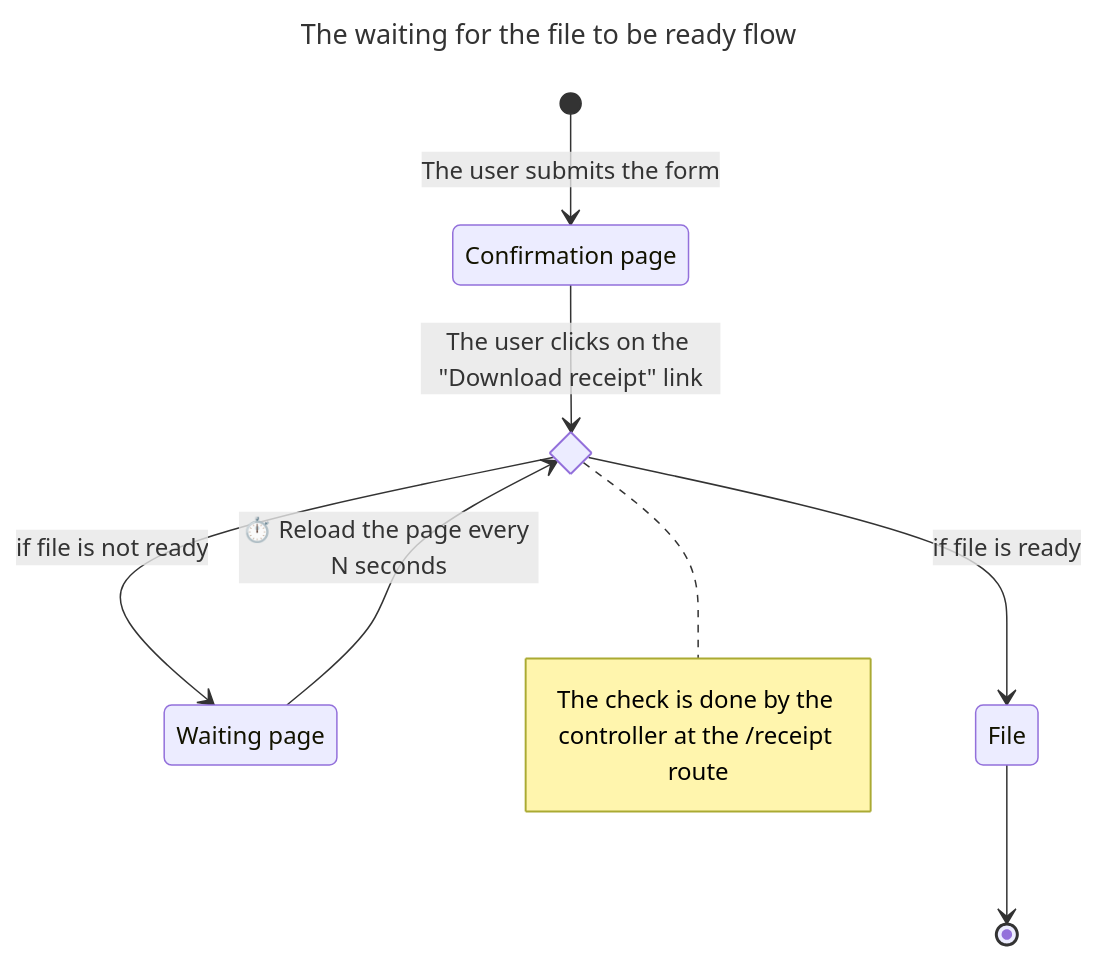
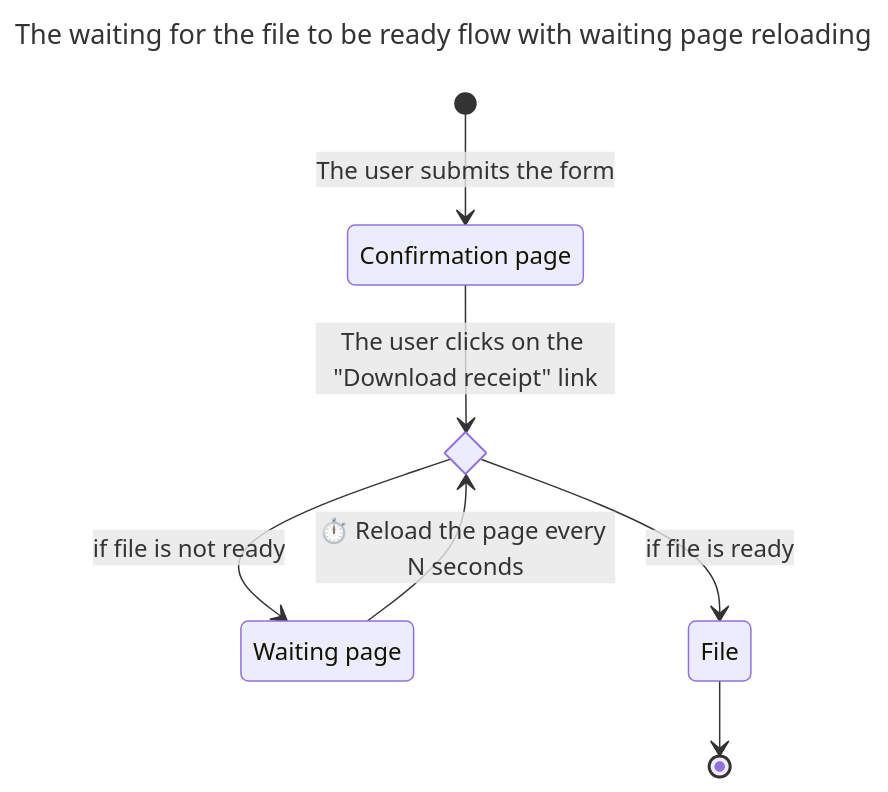
Before and after one commit to SelrahcD/file-generation-experiment: the third of 7 diagrams in README.md, drawn with Mermaid. The commit also changed other lines of this file, not shown here.

Commit message:
Add graphs

````diff
--- a/README.md
+++ b/README.md
@@ -157,19 +178,18 @@
 ```mermaid
 ---
-title: The waiting for the file to be ready flow
+title: The waiting for the file to be ready flow with waiting page reloading 
 ---
 stateDiagram-v2
     state "Confirmation page" as confirmation
     state "Waiting page" as waiting
     state receiptController <<choice>>
     state "File" as file
 
     [*] --> confirmation : The user submits the form
     confirmation --> receiptController : The user clicks on the "Download receipt" link
     waiting --> receiptController: ⏱️ Reload the page every N seconds
     receiptController --> waiting : if file is not ready
     receiptController --> file : if file is ready
     file --> [*]
-    note right of receiptController: The check is done by the controller at the /receipt route
     %%{init:{'themeCSS':'.edgeLabel:nth-of-type(3) { stroke: green; stroke-width: 3; }'}}%%
 ```
````
